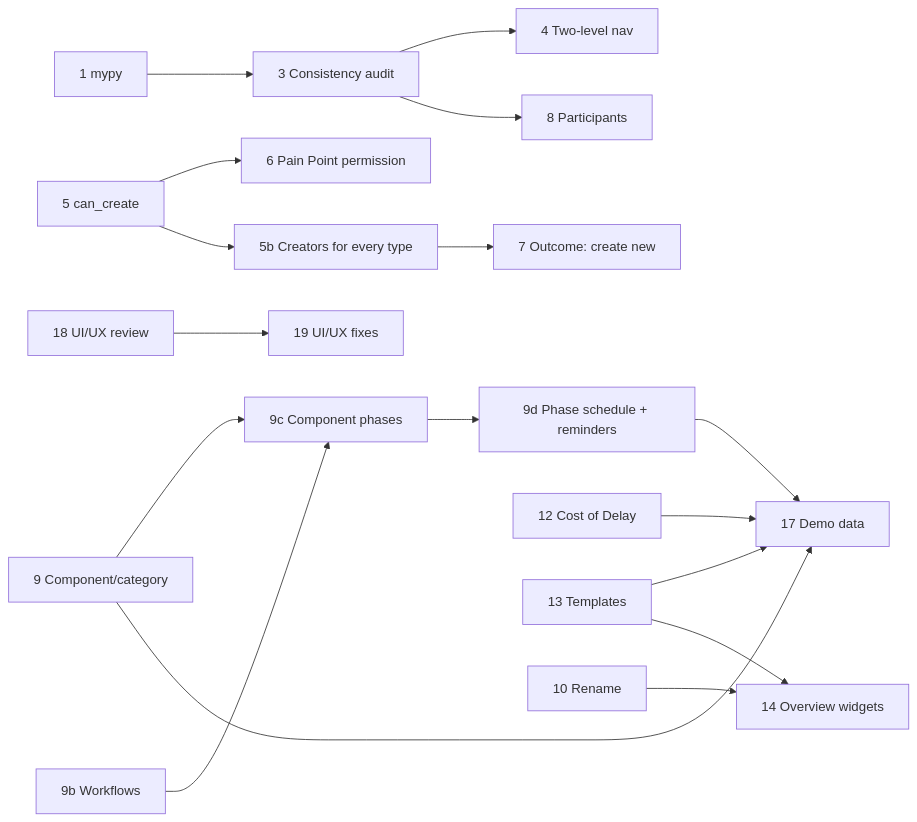
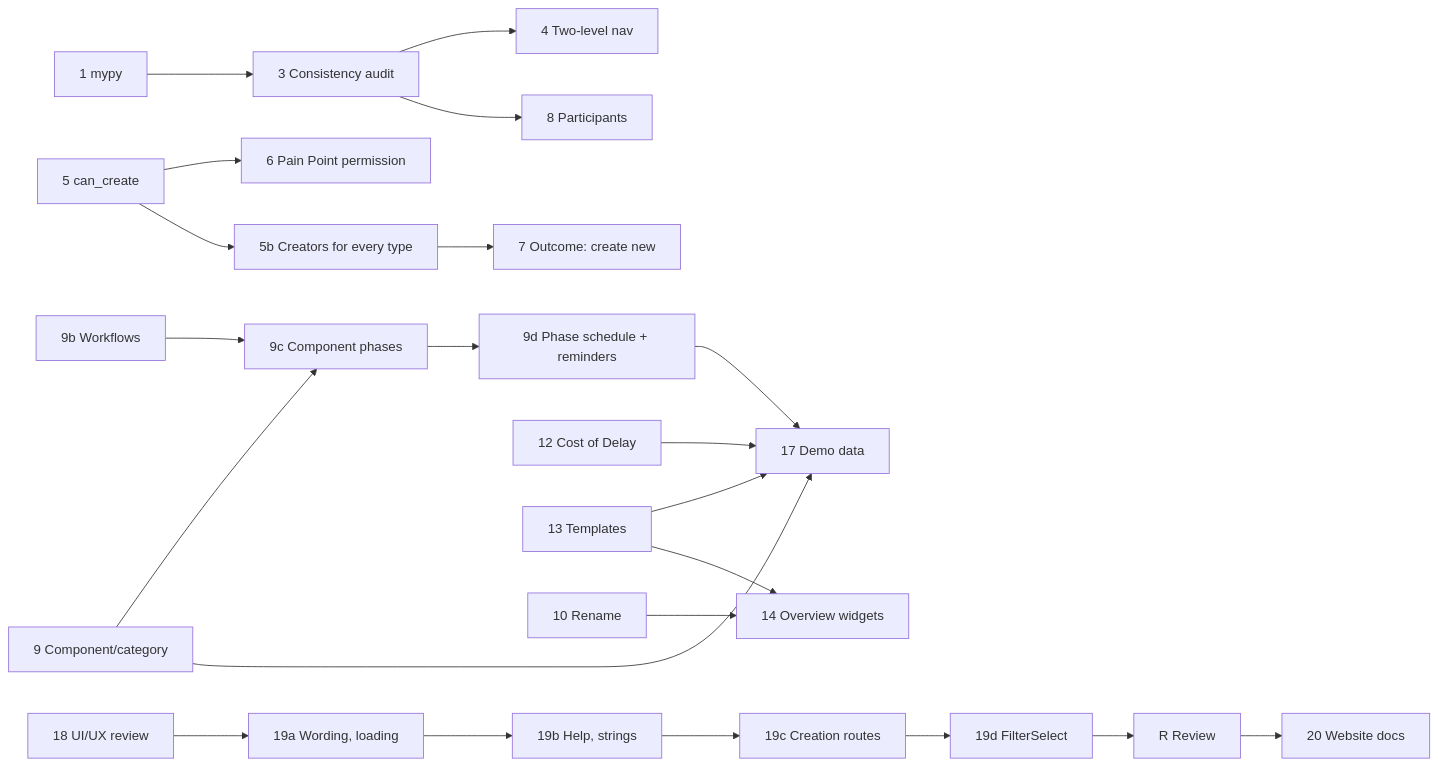
Before and after one commit to ballardr/reqtrackmanager: the diagram in docs/plans/platform-review-2026-11-plan.md, drawn with Mermaid. The commit also changed other lines of this file and 154 other files, not shown here.

Commit message:
Phase 19a - UI/UX fixes: wording, loading, warnings, style guide

````diff
--- a/docs/plans/platform-review-2026-11-plan.md
+++ b/docs/plans/platform-review-2026-11-plan.md
@@ -38,19 +43,24 @@
 ```mermaid
 flowchart LR
     P1["1 mypy"] --> P3["3 Consistency audit"]
     P3 --> P4["4 Two-level nav"]
     P5["5 can_create"] --> P6["6 Pain Point permission"]
     P5 --> P5b["5b Creators for every type"]
     P5b --> P7["7 Outcome: create new"]
     P3 --> P8["8 Participants"]
     P9b["9b Workflows"] --> P9c["9c Component phases"]
     P9["9 Component/category"] --> P9c
     P9 --> P17["17 Demo data"]
     P9c --> P9d["9d Phase schedule + reminders"]
     P9d --> P17
     P12["12 Cost of Delay"] --> P17
     P13["13 Templates"] --> P17
     P10["10 Rename"] --> P14["14 Overview widgets"]
     P13 --> P14
-    P18["18 UI/UX review"] --> P19["19 UI/UX fixes"]
+    P18["18 UI/UX review"] --> P19a["19a Wording, loading"]
+    P19a --> P19b["19b Help, strings"]
+    P19b --> P19c["19c Creation routes"]
+    P19c --> P19d["19d FilterSelect"]
+    P19d --> PR["R Review"]
+    PR --> P20["20 Website docs"]
 ```
````
